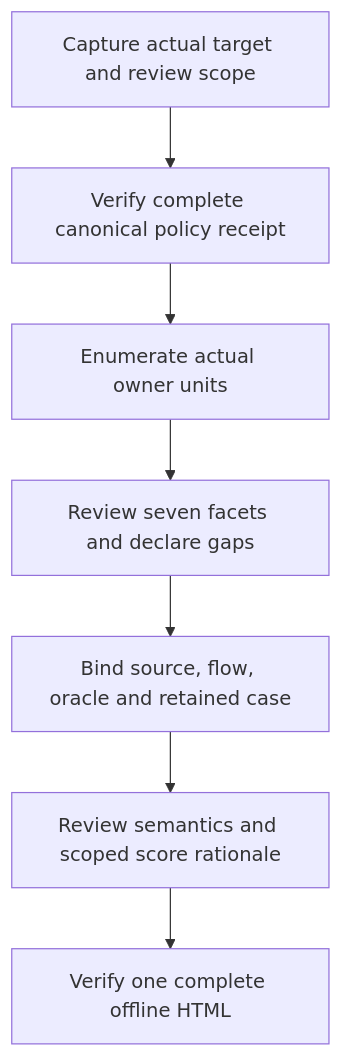
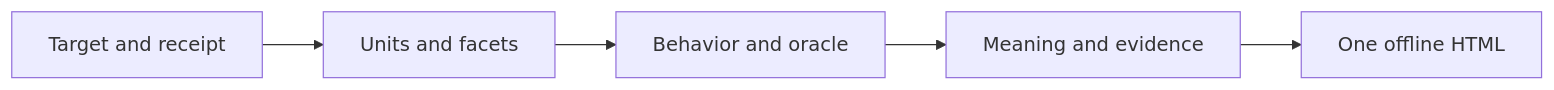
Before and after one commit to crististefanita/ATF_AI: the second of 2 diagrams in atf-atlas/Knowledge_Base.md, drawn with Mermaid. The commit also changed other lines of this file and 111 other files, not shown here.

````diff
--- a/atf-atlas/Knowledge_Base.md
+++ b/atf-atlas/Knowledge_Base.md
@@ -80,9 +82,7 @@
 ```mermaid
-flowchart TB
-    Target["Capture actual target and review scope"] --> Receipt["Verify complete canonical policy receipt"]
-    Receipt --> Units["Enumerate actual owner units"]
-    Units --> Facets["Review seven facets and declare gaps"]
-    Facets --> Trace["Bind source, flow, oracle and retained case"]
-    Trace --> Review["Review semantics and scoped score rationale"]
-    Review --> Deliver["Verify one complete offline HTML"]
+flowchart LR
+    Scope["Target and receipt"] --> Units["Units and facets"]
+    Units --> Trace["Behavior and oracle"]
+    Trace --> Review["Meaning and evidence"]
+    Review --> Deliver["One offline HTML"]
 ```
````
